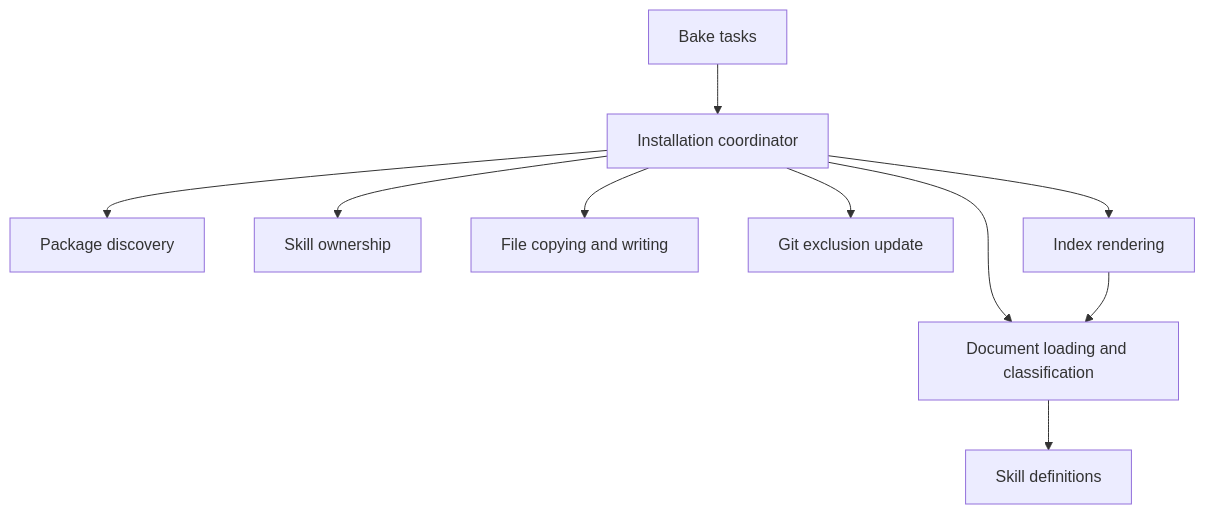
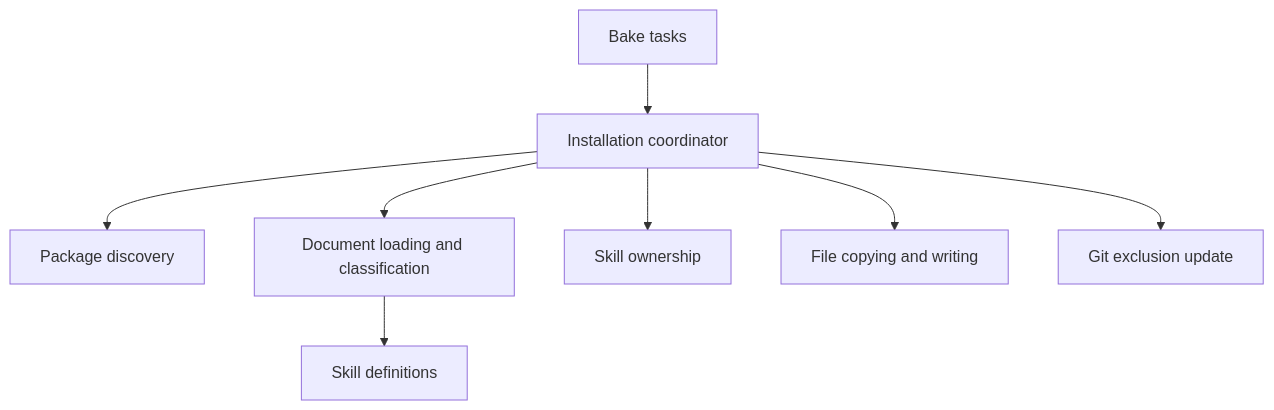
Before and after one commit to ioquatix/agent-context: the diagram in design.md, drawn with Mermaid. The commit also changed other lines of this file and 19 other files, not shown here.

````diff
--- a/design.md
+++ b/design.md
@@ -53,12 +53,10 @@
 ```mermaid
 flowchart TD
     Tasks[Bake tasks] --> Installer[Installation coordinator]
     Installer --> Packages[Package discovery]
     Installer --> Documents[Document loading and classification]
     Documents --> Skills[Skill definitions]
     Installer --> Ownership[Skill ownership]
     Installer --> Files[File copying and writing]
     Installer --> Exclusions[Git exclusion update]
-    Installer --> Index[Index rendering]
-    Index --> Documents
 ```
````
